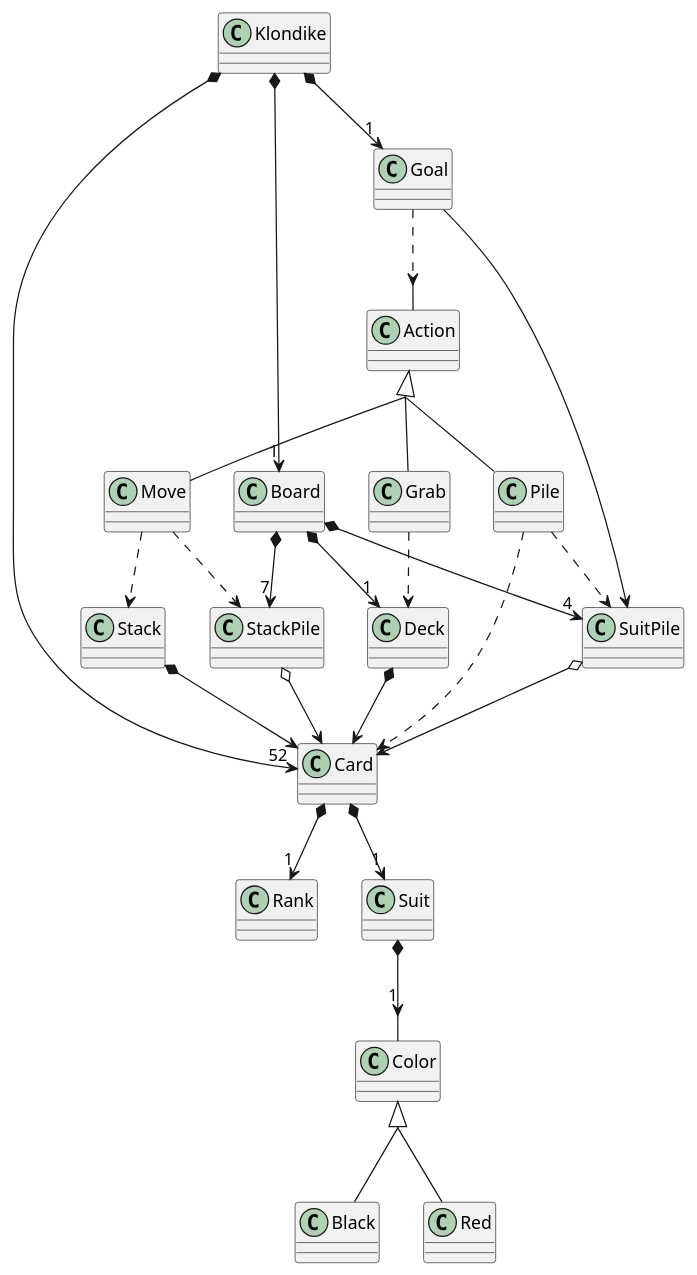
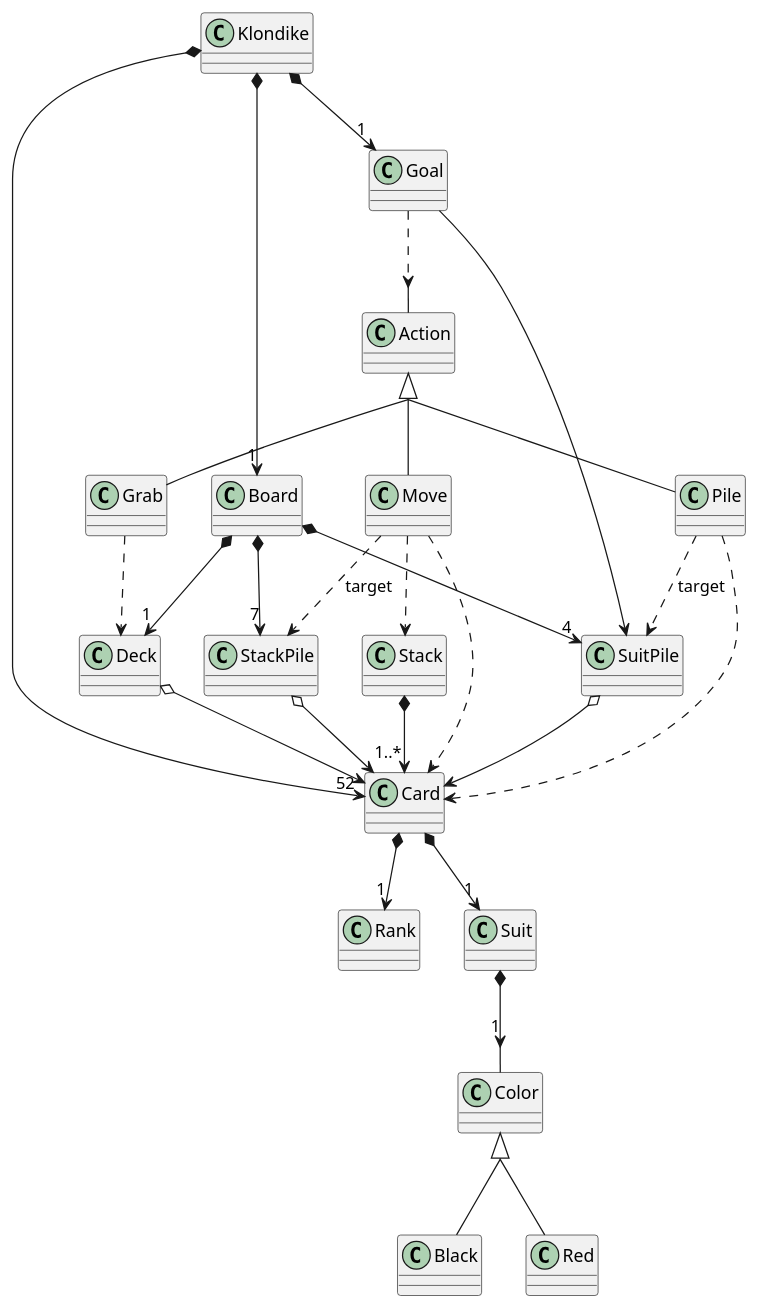
Before and after one commit to USantaTecla-ed-mpds/lab-dijkstra: the diagram in tech-uml/game-klondike/diagrams/src/vocabulary.puml, drawn with PlantUML. The commit also changed 5 other files, not shown here.

Commit message:
🎴 Klondike: Class and object diagrams improvements

```diff
--- a/tech-uml/game-klondike/diagrams/src/vocabulary.puml
+++ b/tech-uml/game-klondike/diagrams/src/vocabulary.puml
@@ -1,28 +1,29 @@
-@startuml
+@startuml vocabulary
 skinparam groupInheritance 2
 Klondike *--> "52" Card
 Klondike *--> "1" Goal
 Klondike *--> "1" Board
 Board *--> "4" SuitPile
 Board *--> "7" StackPile
 Board *--> "1" Deck
 SuitPile o--> Card
 Goal ..> Action
 Goal --> SuitPile
-Deck *--> Card
+Deck o--> Card
 Card *--> "1" Rank
 Card *--> "1" Suit
 Suit *--> "1" Color
 Color <|-- Black
 Color <|-- Red
 Action <|-- Grab
 Action <|-- Pile
 Action <|-- Move
-Stack *--> Card
+Stack *--> "1..*" Card
 Grab ..> Deck
-Pile ..> SuitPile
+Pile ..> SuitPile : target
 Pile ..> Card
 Move ..> Stack
-Move ..> StackPile
+Move ..> StackPile : target
+Move ..> Card
 StackPile o--> Card
 @enduml
```
